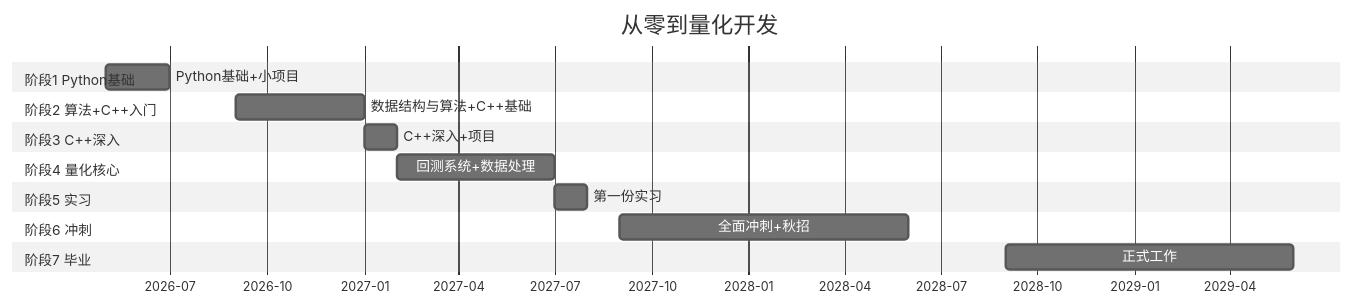
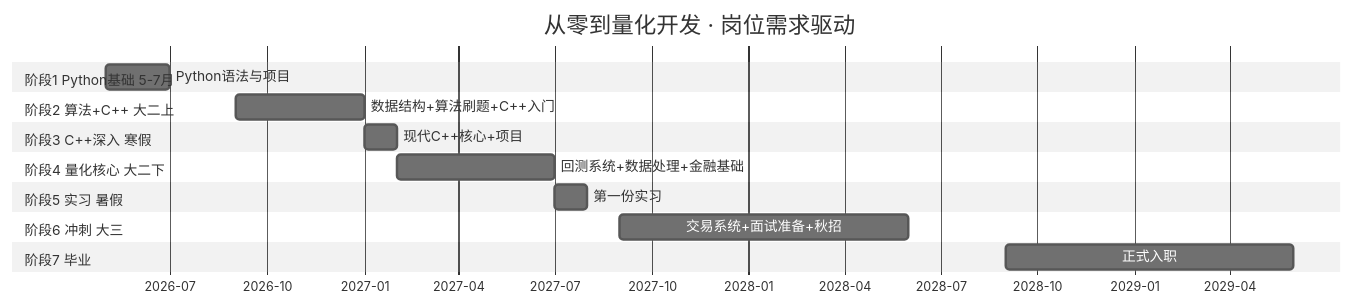
The first of 2 diagrams in resources/主脉络.md (radiumno/study_plan), drawn with Mermaid (neutral theme) before and after one commit. The commit also changed other lines of this file, not shown here.

````diff
--- a/resources/主脉络.md
+++ b/resources/主脉络.md
@@ -20,27 +83,27 @@
 ```mermaid
 gantt
-    title 从零到量化开发
+    title 从零到量化开发 · 岗位需求驱动
     dateFormat  YYYY-MM
     axisFormat  %Y-%m
 
-    section 阶段1 Python基础
-    Python基础+小项目          :2026-05, 2026-07
+    section 阶段1 Python基础 5-7月
+    Python语法与项目          :2026-05, 2026-07
 
-    section 阶段2 算法+C++入门
-    数据结构与算法+C++基础      :2026-09, 2027-01
+    section 阶段2 算法+C++ 大二上
+    数据结构+算法刷题+C++入门  :2026-09, 2027-01
 
-    section 阶段3 C++深入
-    C++深入+项目               :2027-01, 2027-02
+    section 阶段3 C++深入 寒假
+    现代C++核心+项目           :2027-01, 2027-02
 
-    section 阶段4 量化核心
-    回测系统+数据处理           :2027-02, 2027-07
+    section 阶段4 量化核心 大二下
+    回测系统+数据处理+金融基础 :2027-02, 2027-07
 
-    section 阶段5 实习
-    第一份实习                 :2027-07, 2027-08
+    section 阶段5 实习 暑假
+    第一份实习                :2027-07, 2027-08
 
-    section 阶段6 冲刺
-    全面冲刺+秋招              :2027-09, 2028-06
+    section 阶段6 冲刺 大三
+    交易系统+面试准备+秋招     :2027-09, 2028-06
 
     section 阶段7 毕业
-    正式工作                   :2028-09, 2029-06
+    正式入职                  :2028-09, 2029-06
 ```
````
